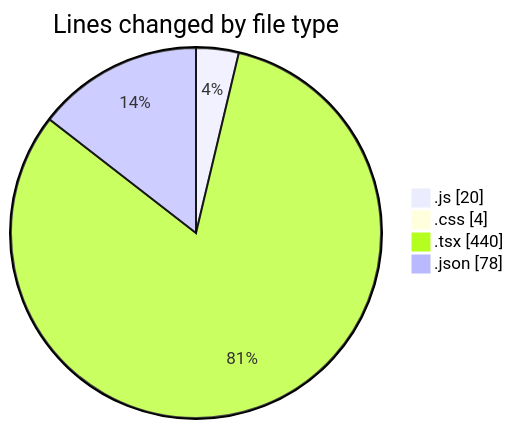
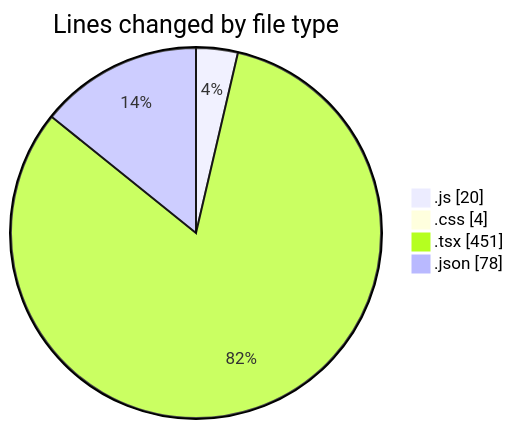
One commit to Ritupan-Deka/code-tracking changed the first of 2 diagrams in 2025-06-19/scopecraft/README.md. Above: the diagram before and after it, drawn with Mermaid. The commit also changed other lines of this file and 1 other file, not shown here.

````diff
--- a/2025-06-19/scopecraft/README.md
+++ b/2025-06-19/scopecraft/README.md
@@ -33,8 +33,8 @@
 ```mermaid
 pie showData
 title Lines changed by file type
 ".js" : 20
 ".css" : 4
-".tsx" : 440
+".tsx" : 451
 ".json" : 78
 ```
````
